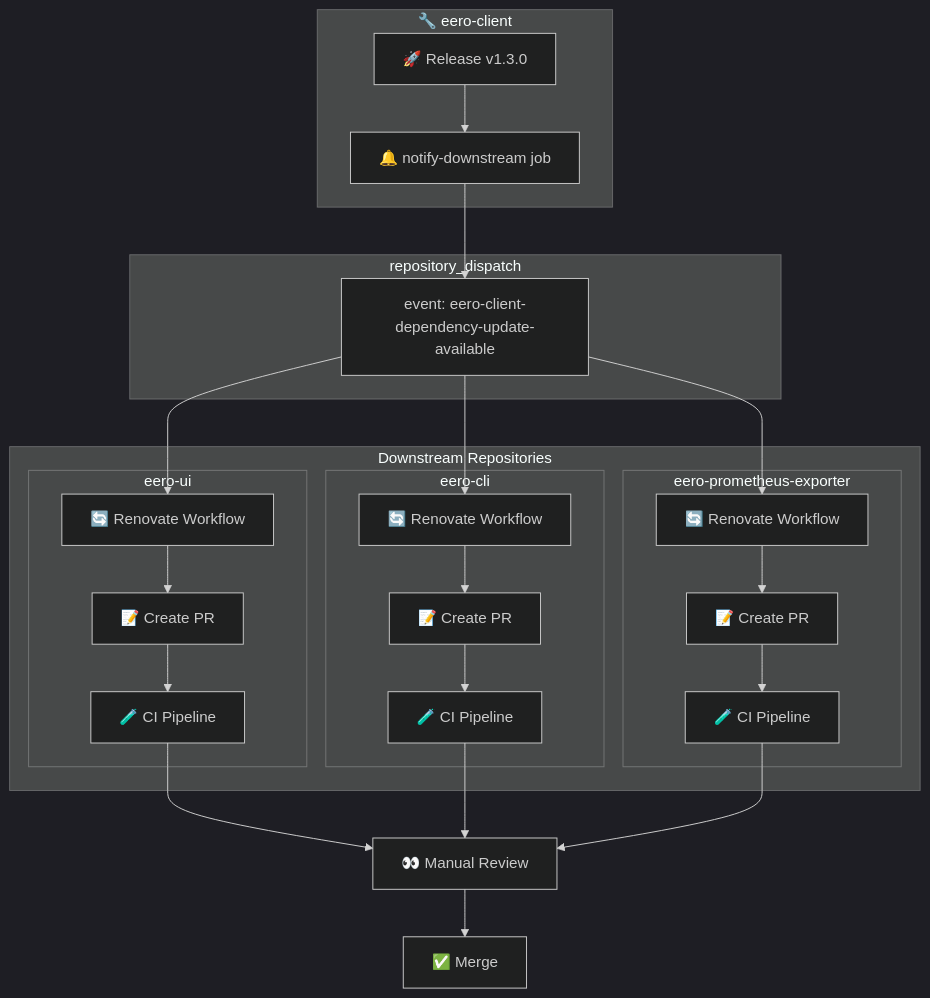
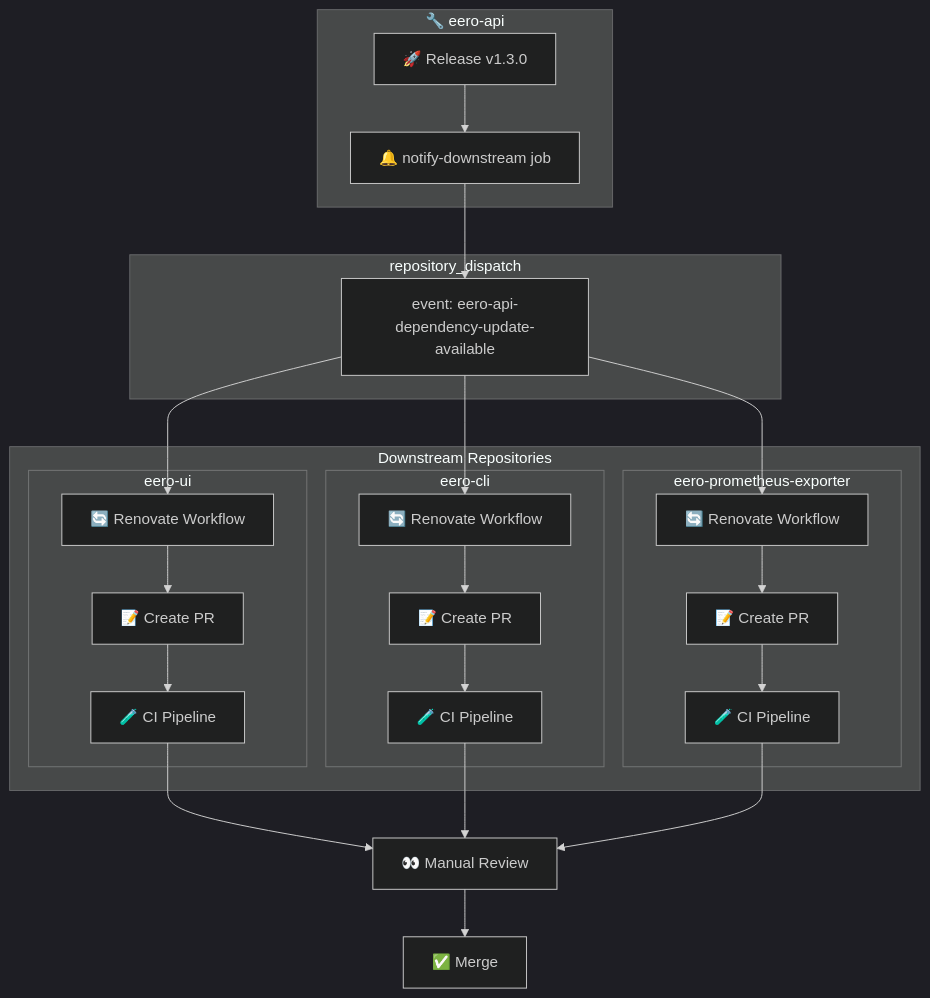
The first of 2 diagrams in wiki/Dependency-Updates.md (fulviofreitas/eero-ui), drawn with Mermaid (dark theme) before and after one commit. The commit also changed other lines of this file and 18 other files, not shown here.

First line of the commit message:
chore: rename eero-client to eero-api

````diff
--- a/wiki/Dependency-Updates.md
+++ b/wiki/Dependency-Updates.md
@@ -29,47 +29,47 @@
 ```mermaid
 flowchart TB
-    subgraph eero-client ["🔧 eero-client"]
+    subgraph eero-api ["🔧 eero-api"]
         release["🚀 Release v1.3.0"]
         notify["🔔 notify-downstream job"]
         release --> notify
     end
 
     subgraph dispatch ["repository_dispatch"]
-        event["event: eero-client-dependency-update-available"]
+        event["event: eero-api-dependency-update-available"]
     end
 
     notify --> event
 
     subgraph downstream ["Downstream Repositories"]
         subgraph ui ["eero-ui"]
             ui_renovate["🔄 Renovate Workflow"]
             ui_pr["📝 Create PR"]
             ui_ci["🧪 CI Pipeline"]
             ui_renovate --> ui_pr --> ui_ci
         end
 
         subgraph cli ["eero-cli"]
             cli_renovate["🔄 Renovate Workflow"]
             cli_pr["📝 Create PR"]
             cli_ci["🧪 CI Pipeline"]
             cli_renovate --> cli_pr --> cli_ci
         end
 
         subgraph exporter ["eero-prometheus-exporter"]
             exp_renovate["🔄 Renovate Workflow"]
             exp_pr["📝 Create PR"]
             exp_ci["🧪 CI Pipeline"]
             exp_renovate --> exp_pr --> exp_ci
         end
     end
 
     event --> ui_renovate
     event --> cli_renovate
     event --> exp_renovate
 
     ui_ci --> review["👀 Manual Review"]
     cli_ci --> review
     exp_ci --> review
 
     review --> merge["✅ Merge"]
 ```
````
